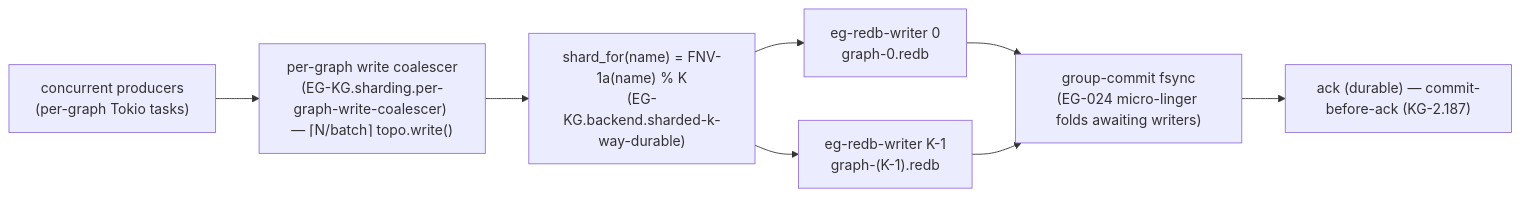
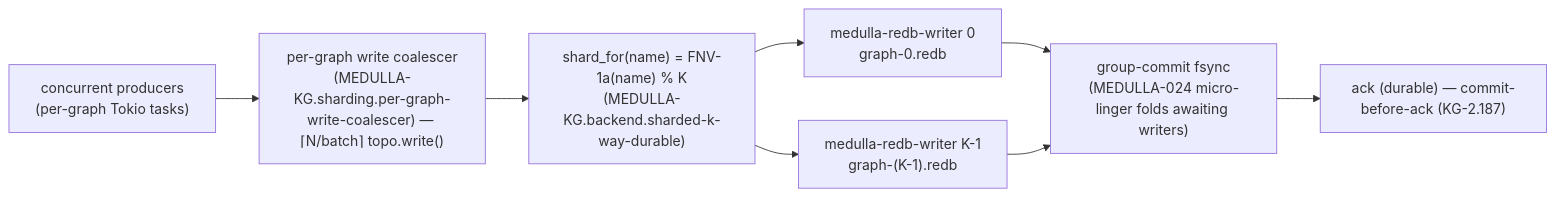
One commit to Knuckles-Team/epistemic-graph changed the second of 3 diagrams in docs/architecture/scaling_program.md. Above: the diagram before and after it, drawn with Mermaid. The commit also changed other lines of this file and 5990 other files, not shown here.

First line of the commit message:
refactor!: rename epistemic-graph to medulla end to end (hard cutover)

````diff
--- a/docs/architecture/scaling_program.md
+++ b/docs/architecture/scaling_program.md
@@ -129,17 +129,17 @@
 ```mermaid
 flowchart LR
     P["concurrent producers<br/>(per-graph Tokio tasks)"]
-    COAL["per-graph write coalescer<br/>(EG-KG.sharding.per-graph-write-coalescer) — ⌈N/batch⌉ topo.write()"]
-    SHARD["shard_for(name) = FNV-1a(name) % K<br/>(EG-KG.backend.sharded-k-way-durable)"]
-    W0["eg-redb-writer 0<br/>graph-0.redb"]
-    Wk["eg-redb-writer K-1<br/>graph-(K-1).redb"]
-    GC["group-commit fsync<br/>(EG-024 micro-linger folds awaiting writers)"]
+    COAL["per-graph write coalescer<br/>(MEDULLA-KG.sharding.per-graph-write-coalescer) — ⌈N/batch⌉ topo.write()"]
+    SHARD["shard_for(name) = FNV-1a(name) % K<br/>(MEDULLA-KG.backend.sharded-k-way-durable)"]
+    W0["medulla-redb-writer 0<br/>graph-0.redb"]
+    Wk["medulla-redb-writer K-1<br/>graph-(K-1).redb"]
+    GC["group-commit fsync<br/>(MEDULLA-024 micro-linger folds awaiting writers)"]
     ACK["ack (durable) — commit-before-ack (KG-2.187)"]
 
     P --> COAL --> SHARD
     SHARD --> W0
     SHARD --> Wk
     W0 --> GC
     Wk --> GC
     GC --> ACK
 ```
````
